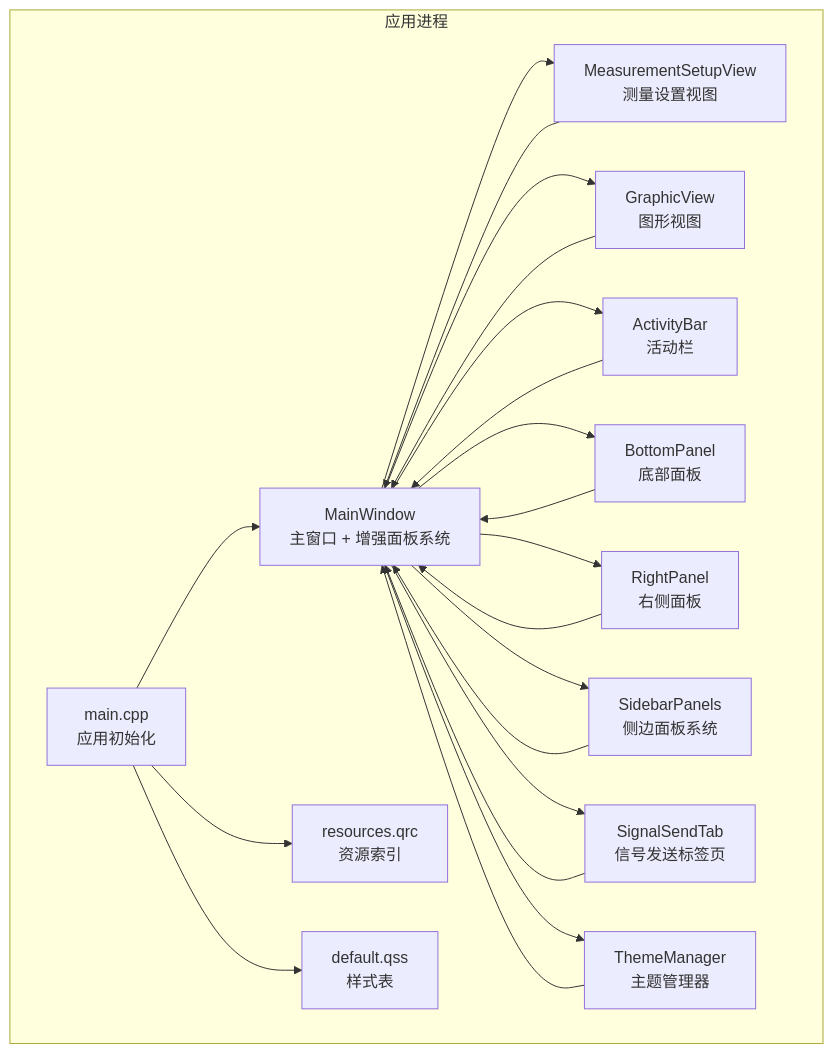
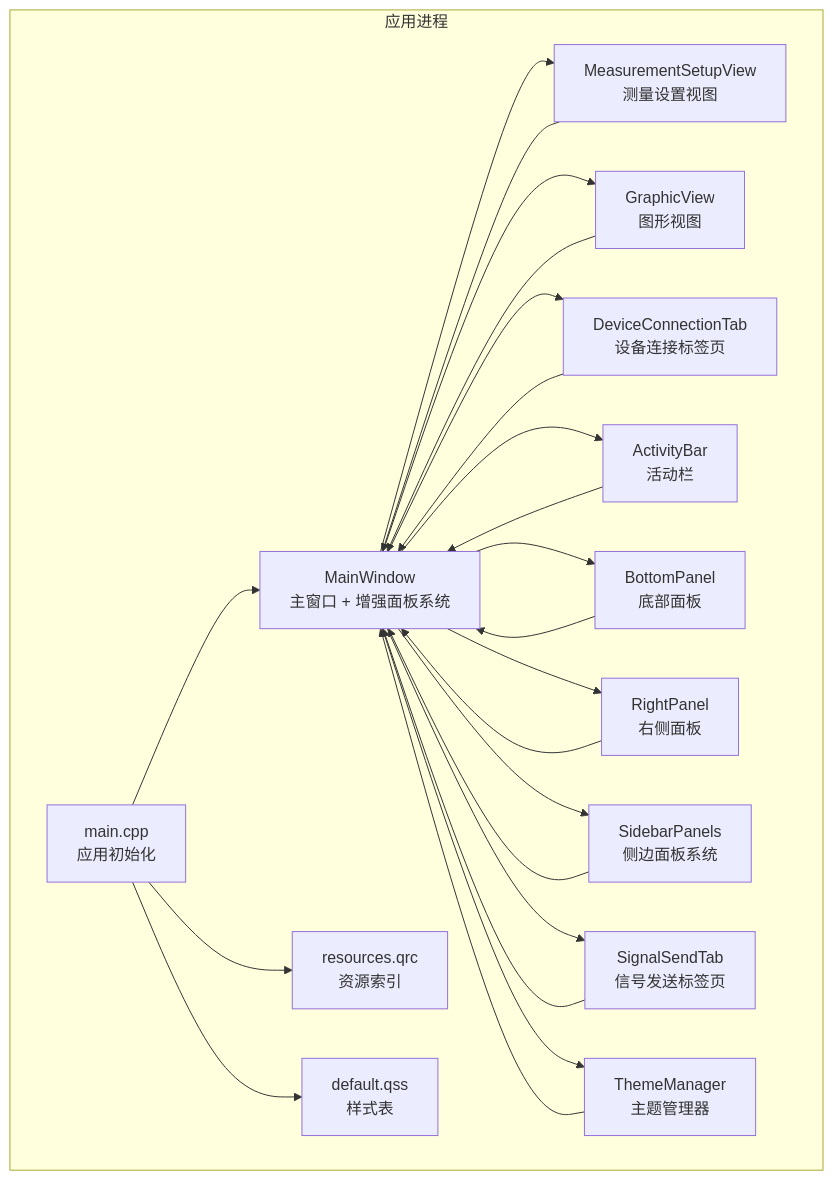
The second of 4 diagrams in .qoder/repowiki/zh/content/架构设计/主窗口组件架构.md (jakecai1225-design/OpenBus), drawn with Mermaid before and after one commit. The commit also changed other lines of this file and 35 other files, not shown here.

````diff
--- a/.qoder/repowiki/zh/content/架构设计/主窗口组件架构.md
+++ b/.qoder/repowiki/zh/content/架构设计/主窗口组件架构.md
@@ -148,36 +145,39 @@
 ```mermaid
 graph TB
 subgraph "应用进程"
 M["main.cpp<br/>应用初始化"]
 MW["MainWindow<br/>主窗口 + 增强面板系统"]
 MSV["MeasurementSetupView<br/>测量设置视图"]
 GV["GraphicView<br/>图形视图"]
+DCT["DeviceConnectionTab<br/>设备连接标签页"]
 AB["ActivityBar<br/>活动栏"]
 BP["BottomPanel<br/>底部面板"]
 RP["RightPanel<br/>右侧面板"]
 SP["SidebarPanels<br/>侧边面板系统"]
 ST["SignalSendTab<br/>信号发送标签页"]
 TM["ThemeManager<br/>主题管理器"]
 R["resources.qrc<br/>资源索引"]
 QSS["default.qss<br/>样式表"]
 end
 M --> MW
 M --> R
 M --> QSS
 MW --> MSV
 MW --> GV
+MW --> DCT
 MW --> AB
 MW --> BP
 MW --> RP
 MW --> SP
 MW --> ST
 MW --> TM
 MSV --> MW
 GV --> MW
+DCT --> MW
 AB --> MW
 BP --> MW
 RP --> MW
 SP --> MW
 ST --> MW
 TM --> MW
 ```
````
